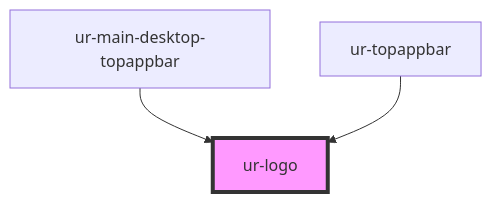
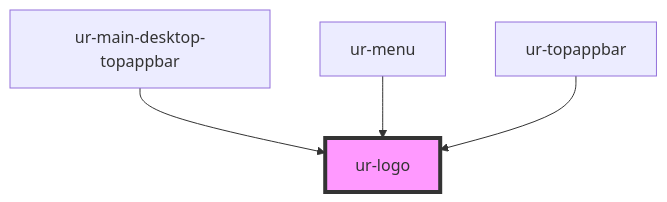
Before and after one commit to hellish/urnovl-web-components: the diagram in src/components/ur-logo/readme.md, drawn with Mermaid. The commit also changed other lines of this file and 18 other files, not shown here.

````diff
--- a/src/components/ur-logo/readme.md
+++ b/src/components/ur-logo/readme.md
@@ -27,6 +28,7 @@
 ```mermaid
 graph TD;
   ur-main-desktop-topappbar --> ur-logo
+  ur-menu --> ur-logo
   ur-topappbar --> ur-logo
   style ur-logo fill:#f9f,stroke:#333,stroke-width:4px
 ```
````
